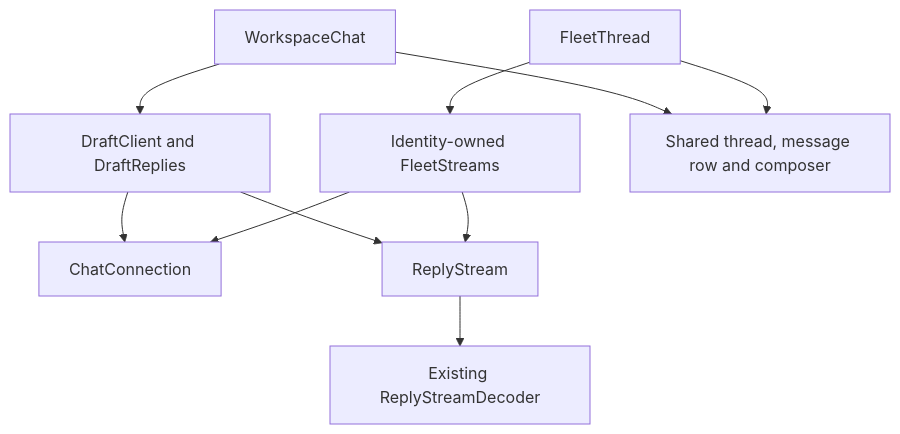
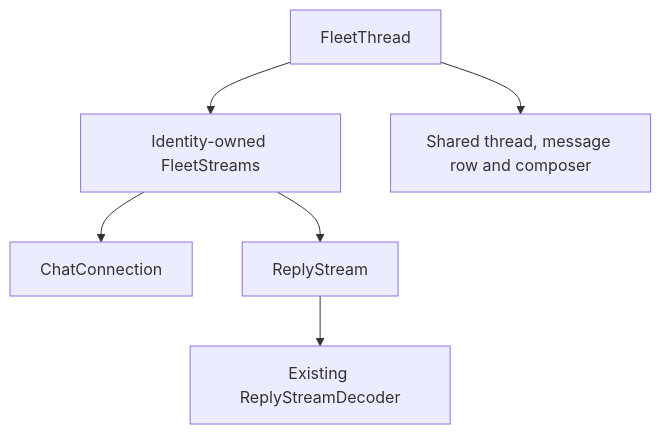
Before and after one commit to agentsfleet/agentsfleet: the second of 2 diagrams in docs/architecture/shared_chat_verification.md, drawn with Mermaid. The commit also changed other lines of this file and 39 other files, not shown here.

First line of the commit message:
docs(architecture): a fleet is a chat from its first message (M256_001)

````diff
--- a/docs/architecture/shared_chat_verification.md
+++ b/docs/architecture/shared_chat_verification.md
@@ -157,12 +91,8 @@
 ```mermaid
 flowchart TD
-    A[WorkspaceChat] --> B[DraftClient and DraftReplies]
     C[FleetThread] --> D[Identity-owned FleetStreams]
-    B --> E[ChatConnection]
-    D --> E
-    B --> F[ReplyStream]
-    D --> F
+    D --> E[ChatConnection]
+    D --> F[ReplyStream]
     F --> G[Existing ReplyStreamDecoder]
-    A --> H[Shared thread, message row and composer]
-    C --> H
+    C --> H[Shared thread, message row and composer]
 ```
````
